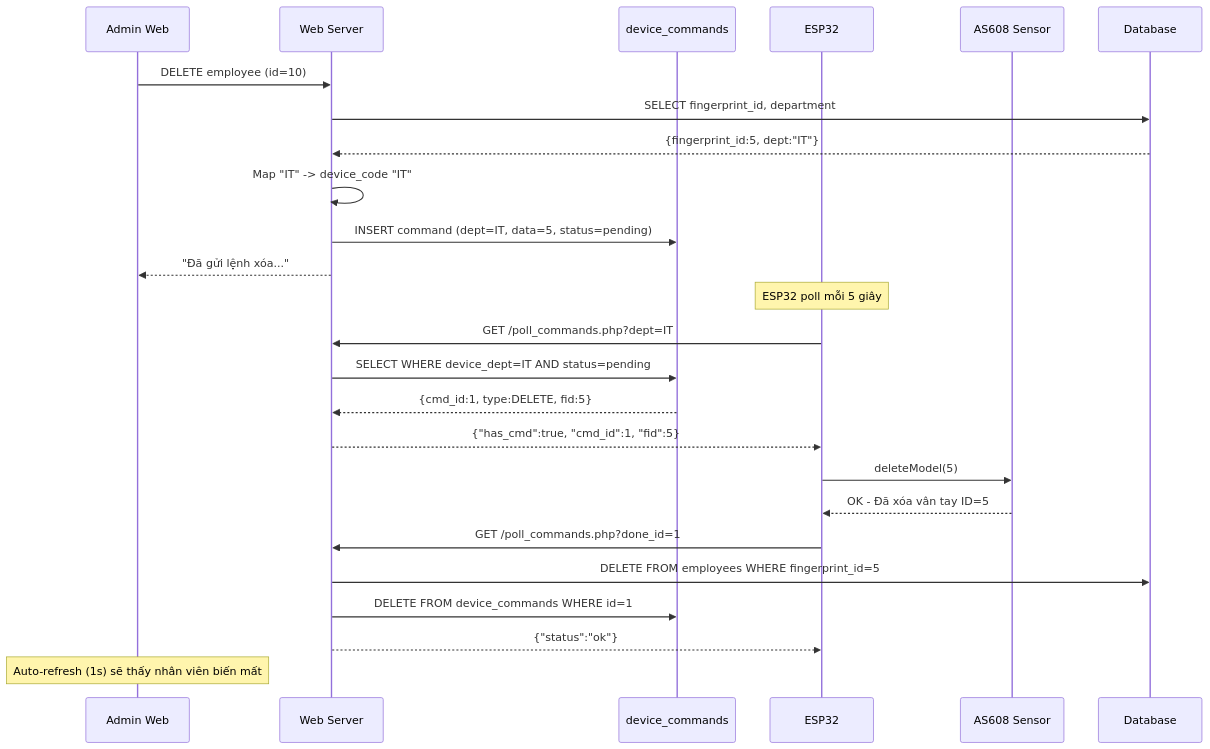
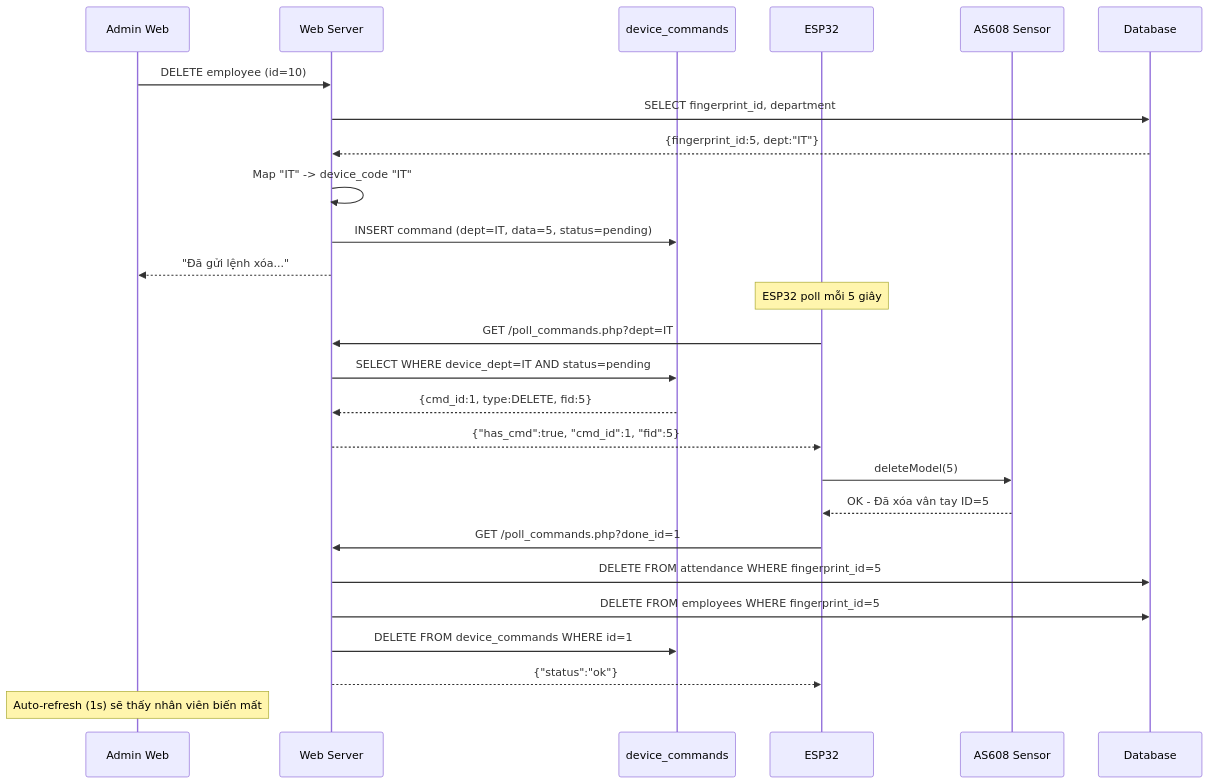
One commit to duytrancoder/Attendance_system changed the third of 6 diagrams in ontap.md. Above: the diagram before and after it, drawn with Mermaid. The commit also changed other lines of this file and 8 other files, not shown here.

````diff
--- a/ontap.md
+++ b/ontap.md
@@ -486,32 +578,33 @@
 ```mermaid
 sequenceDiagram
     participant A as Admin Web
     participant W as Web Server
     participant Q as device_commands
     participant E as ESP32
     participant S as AS608 Sensor
     participant D as Database
 
     A->>W: DELETE employee (id=10)
     W->>D: SELECT fingerprint_id, department
     D-->>W: {fingerprint_id:5, dept:"IT"}
     W->>W: Map "IT" -> device_code "IT"
     W->>Q: INSERT command (dept=IT, data=5, status=pending)
     W-->>A: "Đã gửi lệnh xóa..."
     
     Note over E: ESP32 poll mỗi 5 giây
     E->>W: GET /poll_commands.php?dept=IT
     W->>Q: SELECT WHERE device_dept=IT AND status=pending
     Q-->>W: {cmd_id:1, type:DELETE, fid:5}
     W-->>E: {"has_cmd":true, "cmd_id":1, "fid":5}
     
     E->>S: deleteModel(5)
     S-->>E: OK - Đã xóa vân tay ID=5
     
     E->>W: GET /poll_commands.php?done_id=1
+    W->>D: DELETE FROM attendance WHERE fingerprint_id=5
     W->>D: DELETE FROM employees WHERE fingerprint_id=5
     W->>Q: DELETE FROM device_commands WHERE id=1
     W-->>E: {"status":"ok"}
     
     Note over A: Auto-refresh (1s) sẽ thấy nhân viên biến mất
 ```
````
